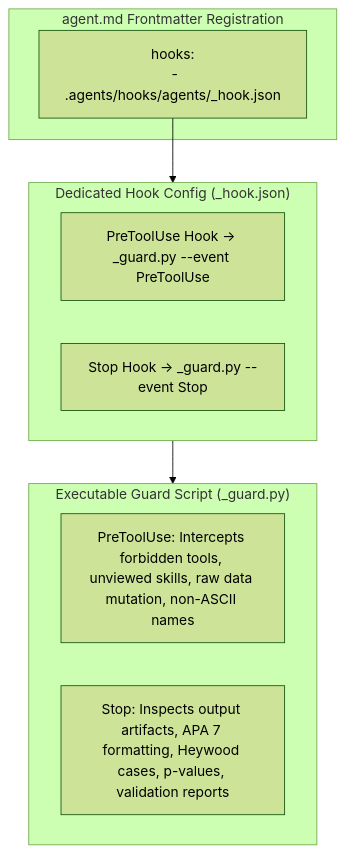
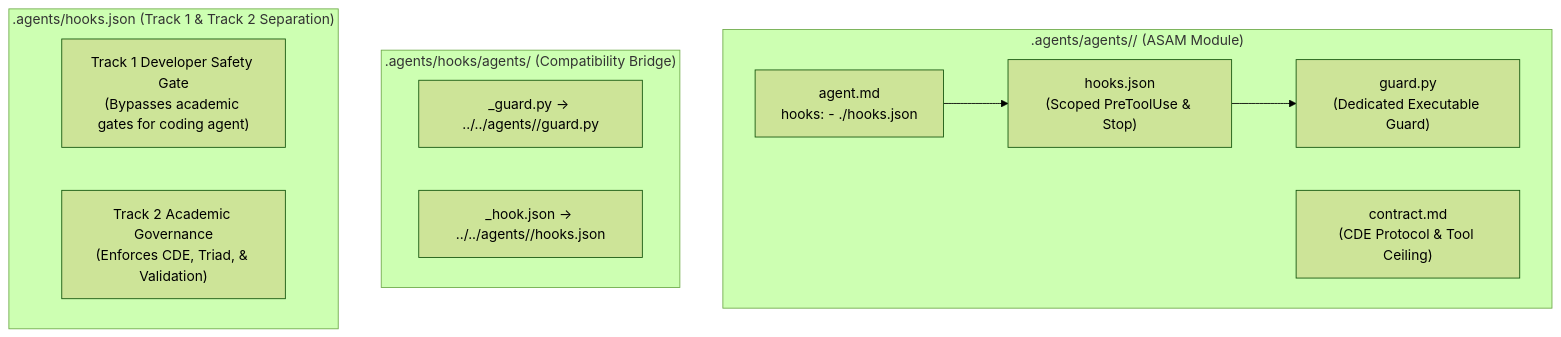
Before and after one commit to GhaderiSaber/AcademicSuite: the diagram in docs/RULE_INVENTORY.md, drawn with Mermaid (forest theme). The commit also changed other lines of this file and 38 other files, not shown here.

Commit message:
docs(architecture): complete ASAM co-located hook migration specifications and tests

````diff
--- a/docs/RULE_INVENTORY.md
+++ b/docs/RULE_INVENTORY.md
@@ -84,19 +84,22 @@
 ```mermaid
 flowchart TD
-    subgraph AgentMD ["agent.md Frontmatter Registration"]
-        AF["hooks:\n  - .agents/hooks/agents/<name_snake>_hook.json"]
+    subgraph AgentDir [".agents/agents/<agent_name>/ (ASAM Module)"]
+        AF["agent.md\nhooks: - ./hooks.json"]
+        Contract["contract.md\n(CDE Protocol & Tool Ceiling)"]
+        HookConfig["hooks.json\n(Scoped PreToolUse & Stop)"]
+        GuardScript["guard.py\n(Dedicated Executable Guard)"]
+        
+        AF --> HookConfig
+        HookConfig --> GuardScript
     end
 
-    subgraph HookConfig ["Dedicated Hook Config (<name_snake>_hook.json)"]
-        PreTool["PreToolUse Hook -> <name_snake>_guard.py --event PreToolUse"]
-        Stop["Stop Hook -> <name_snake>_guard.py --event Stop"]
+    subgraph SymlinkBridge [".agents/hooks/agents/ (Compatibility Bridge)"]
+        SymlinkGuard["<snake>_guard.py -> ../../agents/<name>/guard.py"]
+        SymlinkHook["<snake>_hook.json -> ../../agents/<name>/hooks.json"]
     end
 
-    subgraph GuardScript ["Executable Guard Script (<name_snake>_guard.py)"]
-        CB["PreToolUse: Intercepts forbidden tools, unviewed skills, raw data mutation, non-ASCII names"]
-        QG["Stop: Inspects output artifacts, APA 7 formatting, Heywood cases, p-values, validation reports"]
+    subgraph DualTrack [".agents/hooks.json (Track 1 & Track 2 Separation)"]
+        Track1["Track 1 Developer Safety Gate\n(Bypasses academic gates for coding agent)"]
+        Track2["Track 2 Academic Governance\n(Enforces CDE, Triad, & Validation)"]
     end
-
-    AF --> HookConfig
-    HookConfig --> GuardScript
 ```
````
